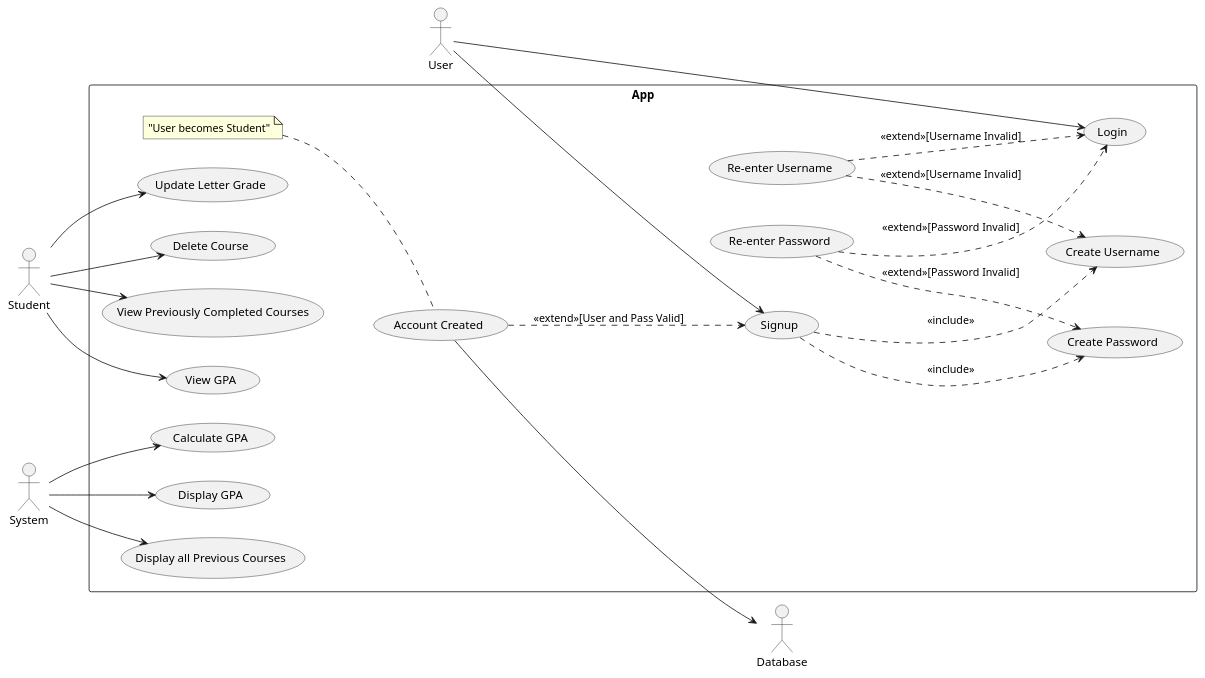
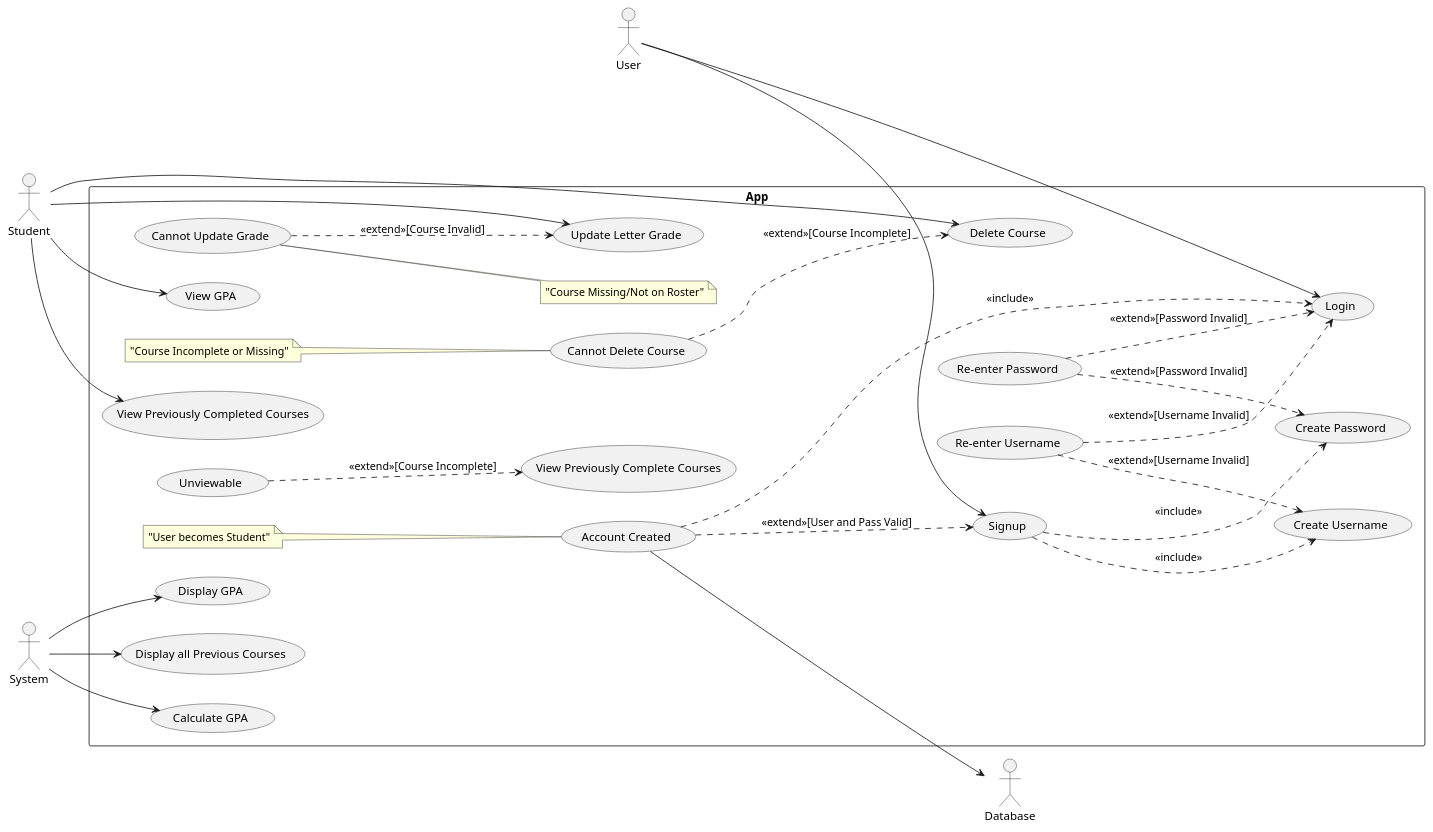
Before and after one commit to arrogancebegetsgreed/Project-1---Left-Out-Group-: the diagram in uml/use_case.wsd, drawn with PlantUML. The commit also changed other lines of this file, not shown here.

Commit message:
Update use_case.wsd P2

```diff
--- a/uml/use_case.wsd
+++ b/uml/use_case.wsd
@@ -1,41 +1,47 @@
 @startuml
 skinparam packageStyle rectangle
 left to right direction
 
 :User:
 :Student:
 :System:
 :Database:
 
 package "App" {
 User --> (Login)
 User --> (Signup)
 (Signup) ..> (Create Username): <<include>>
 (Signup) ..> (Create Password): <<include>>
 
 (Re-enter Username) ..> (Create Username): <<extend>>[Username Invalid]
 (Re-enter Password) ..> (Create Password): <<extend>>[Password Invalid]
 
 (Re-enter Username) ..> (Login): <<extend>>[Username Invalid]
 (Re-enter Password) ..> (Login): <<extend>>[Password Invalid]
 
 (Account Created) ..> (Signup):<<extend>>[User and Pass Valid]
-(Account Created) --> Database 
+(Account Created) --> Database
+(Account Created) ..>(Login): <<include>> 
 note left of (Account Created):"User becomes Student"
 
 
 
 Student --> (View Previously Completed Courses)
+(Unviewable) ..> (View Previously Complete Courses): <<extend>>[Course Incomplete]
+
 Student --> (View GPA)
 Student --> (Update Letter Grade)
+(Cannot Update Grade) ..> (Update Letter Grade): <<extend>>[Course Invalid]
+note right of (Cannot Update Grade): "Course Missing/Not on Roster"
 Student --> (Delete Course)
+(Cannot Delete Course) ..> (Delete Course): <<extend>>[Course Incomplete]
+note left of (Cannot Delete Course): "Course Incomplete or Missing"
+
 
 
 System --> (Display all Previous Courses)
 System --> (Calculate GPA)
 System --> (Display GPA)
 
-
 }
-
-@enduml
+@endum1
```
